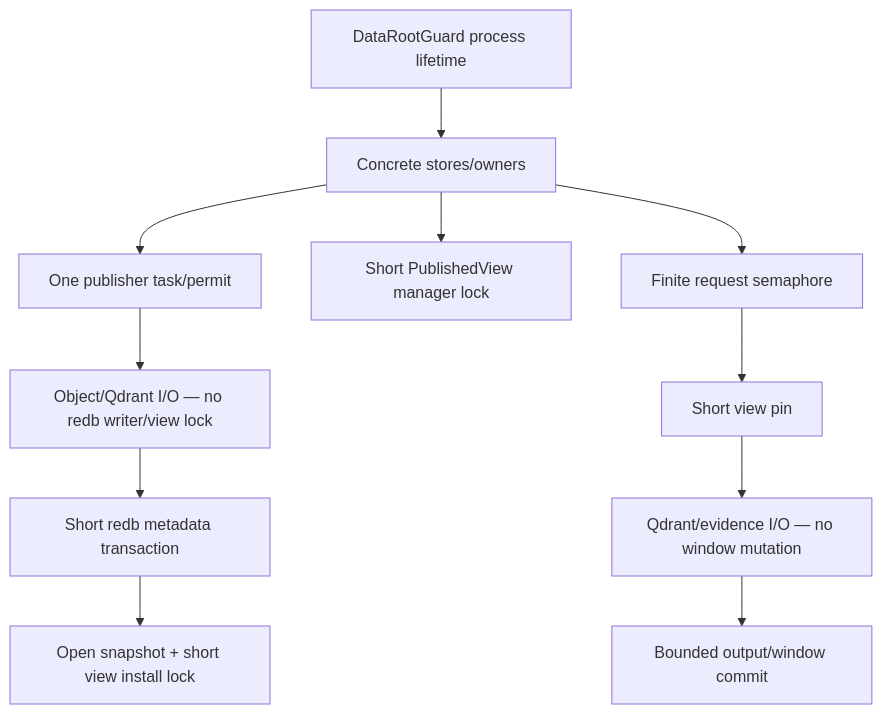
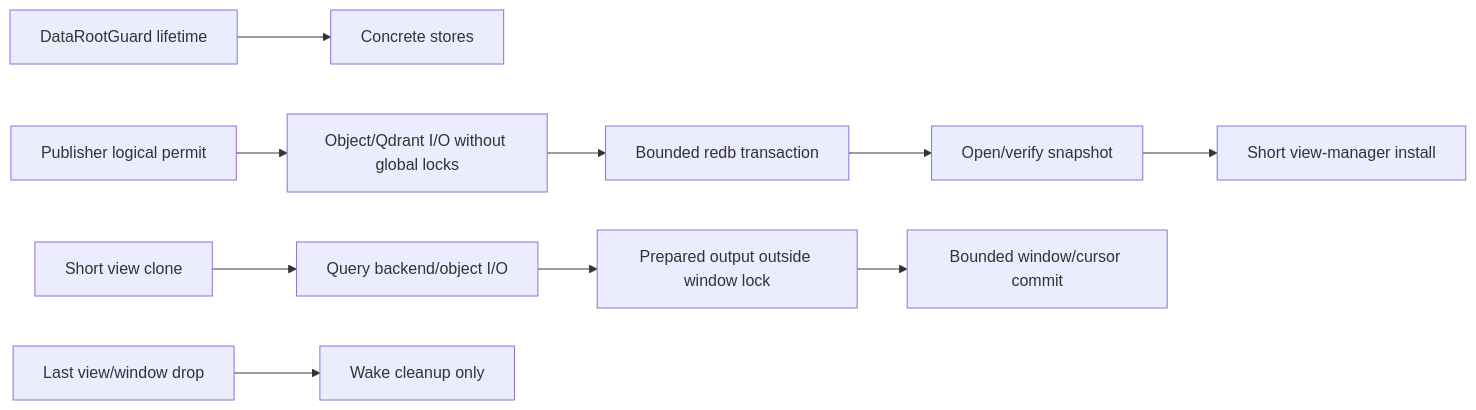
One commit to UnknownAlienHuman/eliot-search changed the second of 2 diagrams in docs/handoff/DEPENDENCY_GRAPH.md. Above: the diagram before and after it, drawn with Mermaid. The commit also changed other lines of this file and 12 other files, not shown here.

````diff
--- a/docs/handoff/DEPENDENCY_GRAPH.md
+++ b/docs/handoff/DEPENDENCY_GRAPH.md
@@ -53,13 +70,12 @@
 ```mermaid
-flowchart TD
-    guard[DataRootGuard process lifetime] --> stores[Concrete stores/owners]
-    stores --> pubpermit[One publisher task/permit]
-    stores --> viewlock[Short PublishedView manager lock]
-    stores --> request[Finite request semaphore]
-    pubpermit --> io[Object/Qdrant I/O — no redb writer/view lock]
-    io --> redb[Short redb metadata transaction]
-    redb --> install[Open snapshot + short view install lock]
-    request --> pin[Short view pin]
-    pin --> queryio[Qdrant/evidence I/O — no window mutation]
-    queryio --> output[Bounded output/window commit]
+flowchart LR
+    rg[DataRootGuard lifetime] --> stores[Concrete stores]
+    pub[Publisher logical permit] --> io[Object/Qdrant I/O without global locks]
+    io --> tx[Bounded redb transaction]
+    tx --> snap[Open/verify snapshot]
+    snap --> install[Short view-manager install]
+    pin[Short view clone] --> queryio[Query backend/object I/O]
+    queryio --> output[Prepared output outside window lock]
+    output --> wcommit[Bounded window/cursor commit]
+    drop[Last view/window drop] --> wake[Wake cleanup only]
 ```
````
